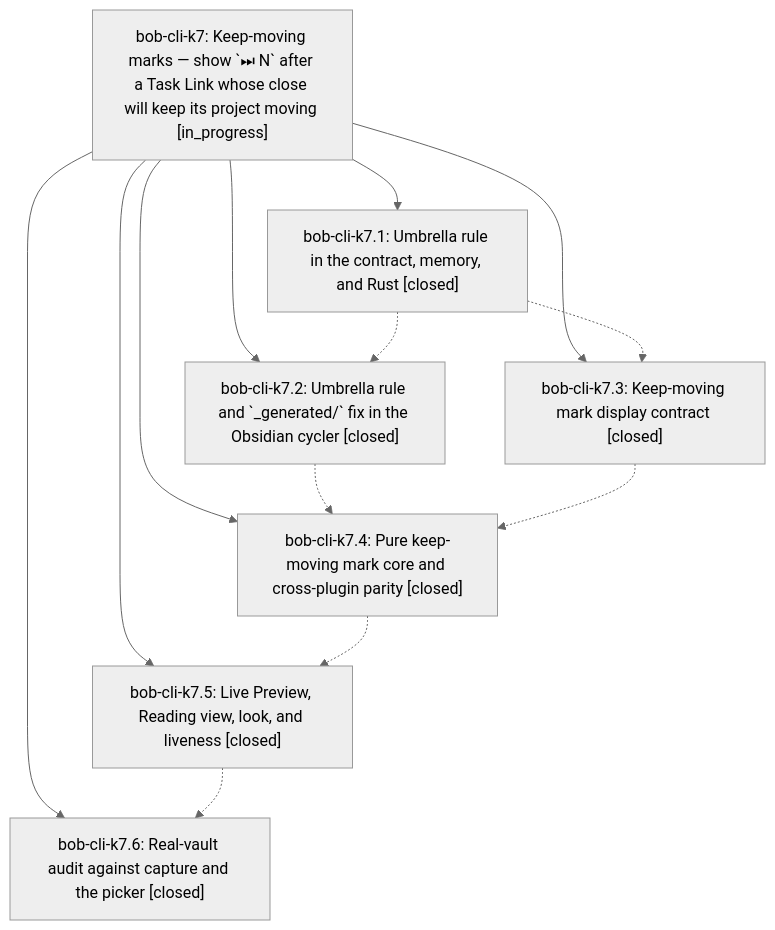
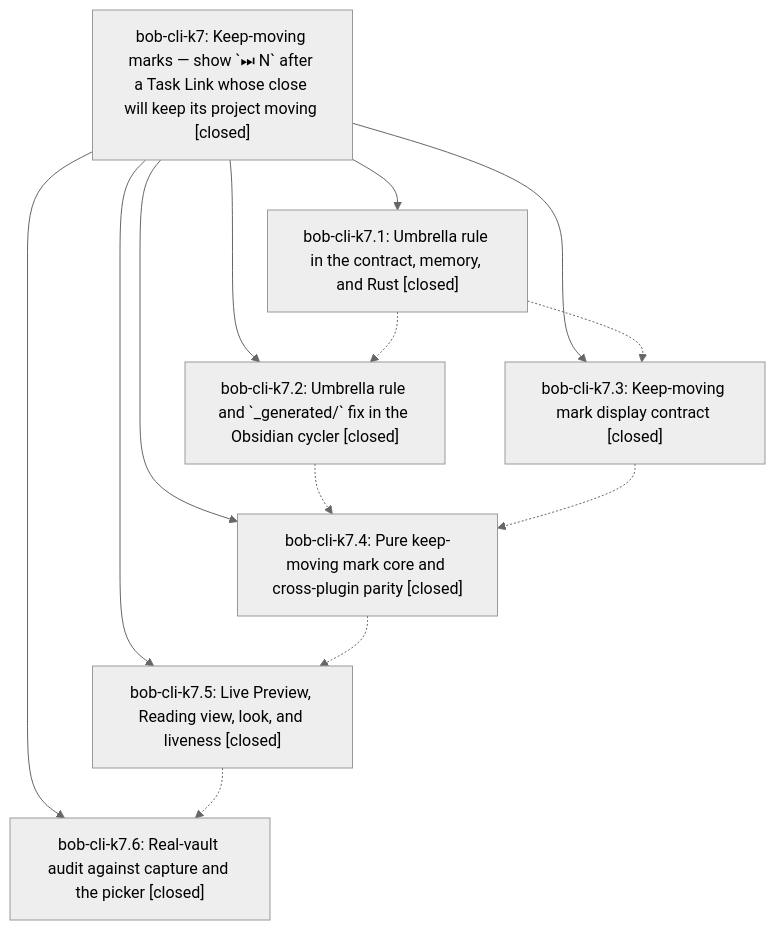
One commit to bobs-org/bob-cli--beads changed the diagram in pages/bob-cli-k7/README.md. Above: the diagram before and after it, drawn with Mermaid (neutral theme). The commit also changed other lines of this file and 1 other file, not shown here.

First line of the commit message:
chore(beads): sync bead state and pages for bob-cli-k7

````diff
--- a/pages/bob-cli-k7/README.md
+++ b/pages/bob-cli-k7/README.md
@@ -39,22 +70,22 @@
 ```mermaid
 flowchart TD
-    n0["bob-cli-k7: Keep-moving marks — show `⏭ N` after a Task Link whose close will keep its project moving [in_progress]"]
+    n0["bob-cli-k7: Keep-moving marks — show `⏭ N` after a Task Link whose close will keep its project moving [closed]"]
     n1["bob-cli-k7.1: Umbrella rule in the contract, memory, and Rust [closed]"]
     n2["bob-cli-k7.2: Umbrella rule and `_generated/` fix in the Obsidian cycler [closed]"]
     n3["bob-cli-k7.3: Keep-moving mark display contract [closed]"]
     n4["bob-cli-k7.4: Pure keep-moving mark core and cross-plugin parity [closed]"]
     n5["bob-cli-k7.5: Live Preview, Reading view, look, and liveness [closed]"]
     n6["bob-cli-k7.6: Real-vault audit against capture and the picker [closed]"]
     n0 --> n1
     n0 --> n2
     n0 --> n3
     n0 --> n4
     n0 --> n5
     n0 --> n6
     n1 -.-> n2
     n1 -.-> n3
     n2 -.-> n4
     n3 -.-> n4
     n4 -.-> n5
     n5 -.-> n6
 ```
````
